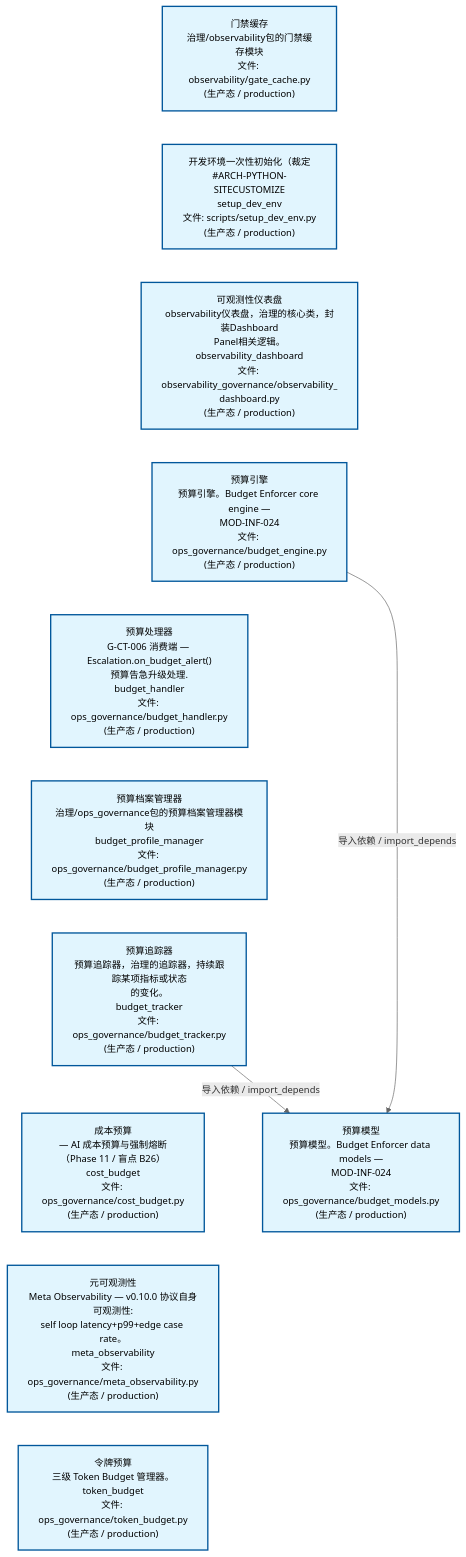
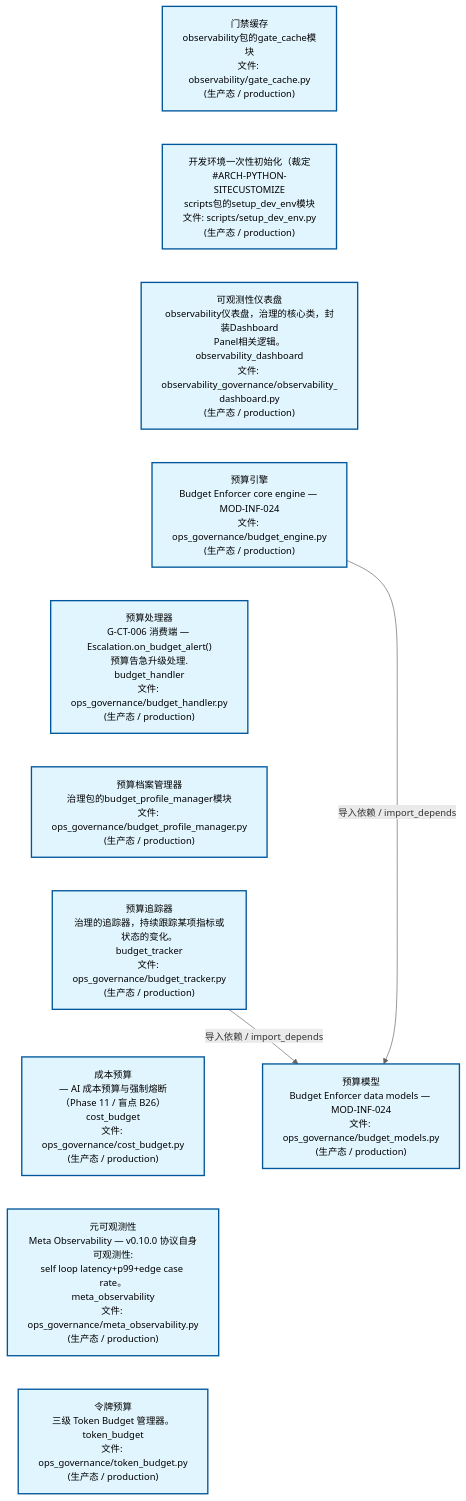
The second of 3 diagrams in docs/02_enterprise_architecture/02_domain_architecture_docs/24_d_ops.md (xuanFelixVan/ZephyrAlpha), drawn with Mermaid before and after one commit. The commit also changed other lines of this file and 61 other files, not shown here.

````diff
--- a/docs/02_enterprise_architecture/02_domain_architecture_docs/24_d_ops.md
+++ b/docs/02_enterprise_architecture/02_domain_architecture_docs/24_d_ops.md
@@ -125,31 +126,31 @@
 ```mermaid
 %%{init: {'theme': 'base', 'themeVariables': {'primaryColor': '#eaeaea', 'primaryTextColor': '#333333', 'primaryBorderColor': '#666666', 'lineColor': '#666666', 'secondaryColor': '#eaeaea', 'tertiaryColor': '#eaeaea', 'fontSize': '14px'}}}%%
 flowchart TD
-    scripts_governance_observability_gate_cache_py["门禁缓存<br/>治理/observability包的门禁缓存模块<br/>文件: observability/gate_cache.py<br/>(生产态 / production)"]
-    scripts_setup_dev_env_py["开发环境一次性初始化（裁定<br/>#ARCH-PYTHON-SITECUSTOMIZE<br/>setup_dev_env<br/>文件: scripts/setup_dev_env.py<br/>(生产态 / production)"]
+    scripts_governance_observability_gate_cache_py["门禁缓存<br/>observability包的gate_cache模块<br/>文件: observability/gate_cache.py<br/>(生产态 / production)"]
+    scripts_setup_dev_env_py["开发环境一次性初始化（裁定<br/>#ARCH-PYTHON-SITECUSTOMIZE<br/>scripts包的setup_dev_env模块<br/>文件: scripts/setup_dev_env.py<br/>(生产态 / production)"]
     src_zephyr_governance_observability_governance_observability_dashboard_py["可观测性仪表盘<br/>observability仪表盘，治理的核心类，封装Dashboard<br/>Panel相关逻辑。<br/>observability_dashboard<br/>文件: observability_governance/observability_<br/>dashboard.py<br/>(生产态 / production)"]
-    src_zephyr_governance_ops_governance_budget_engine_py["预算引擎<br/>预算引擎。Budget Enforcer core engine —<br/>MOD-INF-024<br/>文件: ops_governance/budget_engine.py<br/>(生产态 / production)"]
+    src_zephyr_governance_ops_governance_budget_engine_py["预算引擎<br/>Budget Enforcer core engine — MOD-INF-024<br/>文件: ops_governance/budget_engine.py<br/>(生产态 / production)"]
     src_zephyr_governance_ops_governance_budget_handler_py["预算处理器<br/>G-CT-006 消费端 — Escalation.on_budget_alert()<br/>预算告急升级处理.<br/>budget_handler<br/>文件: ops_governance/budget_handler.py<br/>(生产态 / production)"]
-    src_zephyr_governance_ops_governance_budget_profile_manager_py["预算档案管理器<br/>治理/ops_governance包的预算档案管理器模块<br/>budget_profile_manager<br/>文件: ops_governance/budget_profile_manager.py<br/>(生产态 / production)"]
-    src_zephyr_governance_ops_governance_budget_tracker_py["预算追踪器<br/>预算追踪器，治理的追踪器，持续跟踪某项指标或状态<br/>的变化。<br/>budget_tracker<br/>文件: ops_governance/budget_tracker.py<br/>(生产态 / production)"]
+    src_zephyr_governance_ops_governance_budget_profile_manager_py["预算档案管理器<br/>治理包的budget_profile_manager模块<br/>文件: ops_governance/budget_profile_manager.py<br/>(生产态 / production)"]
+    src_zephyr_governance_ops_governance_budget_tracker_py["预算追踪器<br/>治理的追踪器，持续跟踪某项指标或状态的变化。<br/>budget_tracker<br/>文件: ops_governance/budget_tracker.py<br/>(生产态 / production)"]
     src_zephyr_governance_ops_governance_cost_budget_py["成本预算<br/>— AI 成本预算与强制熔断（Phase 11 / 盲点 B26）<br/>cost_budget<br/>文件: ops_governance/cost_budget.py<br/>(生产态 / production)"]
     src_zephyr_governance_ops_governance_meta_observability_py["元可观测性<br/>Meta Observability — v0.10.0 协议自身可观测性:<br/>self loop latency+p99+edge case rate。<br/>meta_observability<br/>文件: ops_governance/meta_observability.py<br/>(生产态 / production)"]
     src_zephyr_governance_ops_governance_token_budget_py["令牌预算<br/>三级 Token Budget 管理器。<br/>token_budget<br/>文件: ops_governance/token_budget.py<br/>(生产态 / production)"]
     scripts_governance_observability_gate_cache_py ~~~ scripts_setup_dev_env_py
     scripts_setup_dev_env_py ~~~ src_zephyr_governance_observability_governance_observability_dashboard_py
     src_zephyr_governance_observability_governance_observability_dashboard_py ~~~ src_zephyr_governance_ops_governance_budget_engine_py
     src_zephyr_governance_ops_governance_budget_engine_py ~~~ src_zephyr_governance_ops_governance_budget_handler_py
     src_zephyr_governance_ops_governance_budget_handler_py ~~~ src_zephyr_governance_ops_governance_budget_profile_manager_py
     src_zephyr_governance_ops_governance_budget_profile_manager_py ~~~ src_zephyr_governance_ops_governance_budget_tracker_py
     src_zephyr_governance_ops_governance_budget_tracker_py ~~~ src_zephyr_governance_ops_governance_cost_budget_py
     src_zephyr_governance_ops_governance_cost_budget_py ~~~ src_zephyr_governance_ops_governance_meta_observability_py
     src_zephyr_governance_ops_governance_meta_observability_py ~~~ src_zephyr_governance_ops_governance_token_budget_py
-    src_zephyr_governance_ops_governance_budget_models_py["预算模型<br/>预算模型。Budget Enforcer data models —<br/>MOD-INF-024<br/>文件: ops_governance/budget_models.py<br/>(生产态 / production)"]
+    src_zephyr_governance_ops_governance_budget_models_py["预算模型<br/>Budget Enforcer data models — MOD-INF-024<br/>文件: ops_governance/budget_models.py<br/>(生产态 / production)"]
     src_zephyr_governance_ops_governance_budget_engine_py -->|导入依赖 / import_depends| src_zephyr_governance_ops_governance_budget_models_py
     src_zephyr_governance_ops_governance_budget_tracker_py -->|导入依赖 / import_depends| src_zephyr_governance_ops_governance_budget_models_py
     classDef production fill:#e1f5fe,stroke:#01579b,stroke-width:2px,color:#000
     classDef design fill:#fff3e0,stroke:#e65100,stroke-width:2px,color:#000,stroke-dasharray: 5 5
     classDef external_prod fill:#e8f4fd,stroke:#0277bd,stroke-width:1px,color:#000
     classDef external_design fill:#fff8e7,stroke:#ef6c00,stroke-width:1px,color:#000,stroke-dasharray: 5 5
     class scripts_governance_observability_gate_cache_py,scripts_setup_dev_env_py,src_zephyr_governance_observability_governance_observability_dashboard_py,src_zephyr_governance_ops_governance_budget_engine_py,src_zephyr_governance_ops_governance_budget_handler_py,src_zephyr_governance_ops_governance_budget_models_py,src_zephyr_governance_ops_governance_budget_profile_manager_py,src_zephyr_governance_ops_governance_budget_tracker_py,src_zephyr_governance_ops_governance_cost_budget_py,src_zephyr_governance_ops_governance_meta_observability_py,src_zephyr_governance_ops_governance_token_budget_py production
 ```
````
